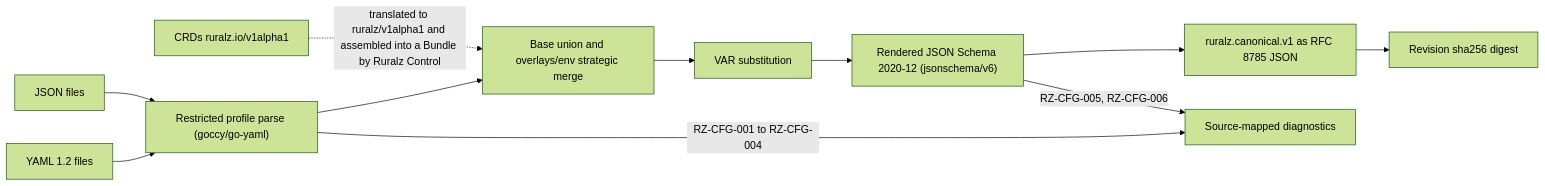
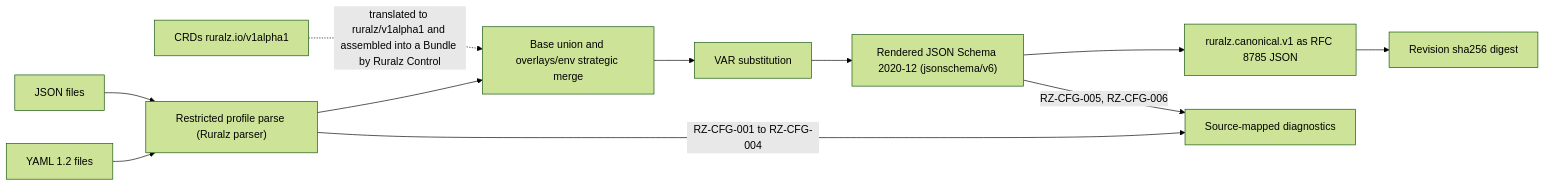
The diagram in docs/adr/0003-configuration-format.md (ravindu-rev/ruralz), drawn with Mermaid (forest theme) before and after one commit. The commit also changed other lines of this file and 5552 other files, not shown here.

````diff
--- a/docs/adr/0003-configuration-format.md
+++ b/docs/adr/0003-configuration-format.md
@@ -74,13 +69,13 @@
 ```mermaid
 flowchart LR
-  y["YAML 1.2 files"] --> p["Restricted profile parse (goccy/go-yaml)"]
+  y["YAML 1.2 files"] --> p["Restricted profile parse (Ruralz parser)"]
   j["JSON files"] --> p
   p --> m["Base union and overlays/env strategic merge"]
   m --> s["VAR substitution"]
   s --> v["Rendered JSON Schema 2020-12 (jsonschema/v6)"]
   v --> c["ruralz.canonical.v1 as RFC 8785 JSON"]
   c --> r["Revision sha256 digest"]
   p -- "RZ-CFG-001 to RZ-CFG-004" --> x["Source-mapped diagnostics"]
   v -- "RZ-CFG-005, RZ-CFG-006" --> x
   k["CRDs ruralz.io/v1alpha1"] -. "translated to ruralz/v1alpha1 and assembled into a Bundle by Ruralz Control" .-> m
 ```
````
